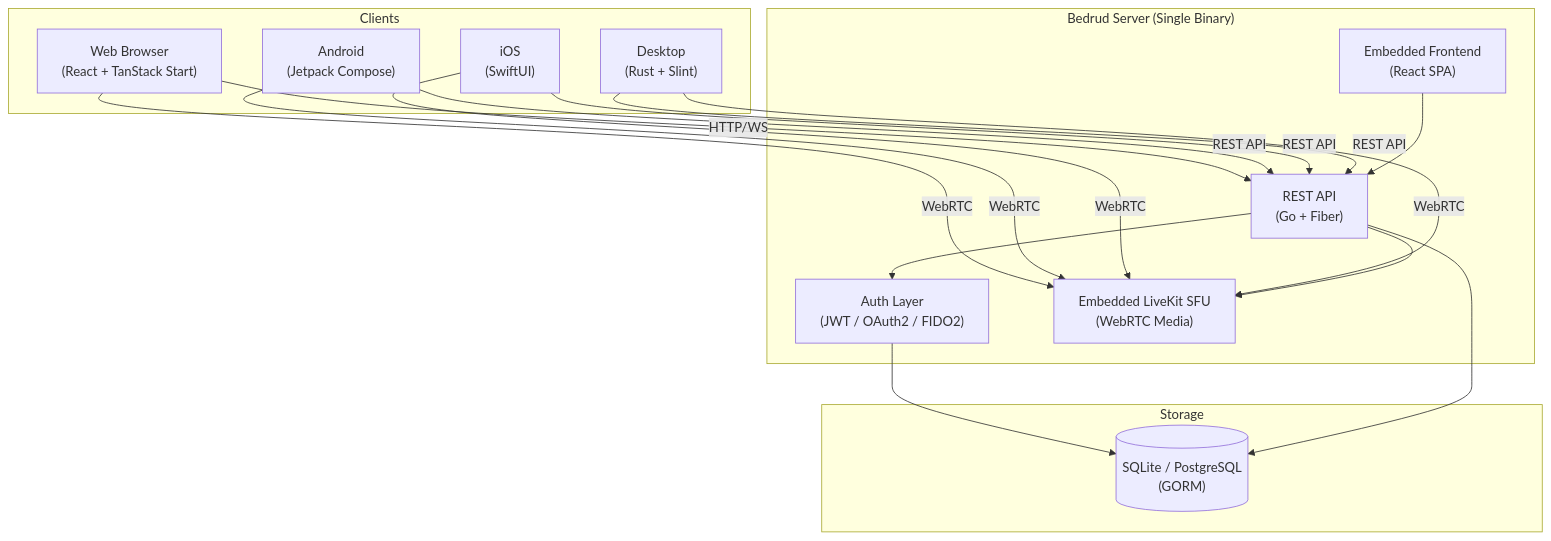
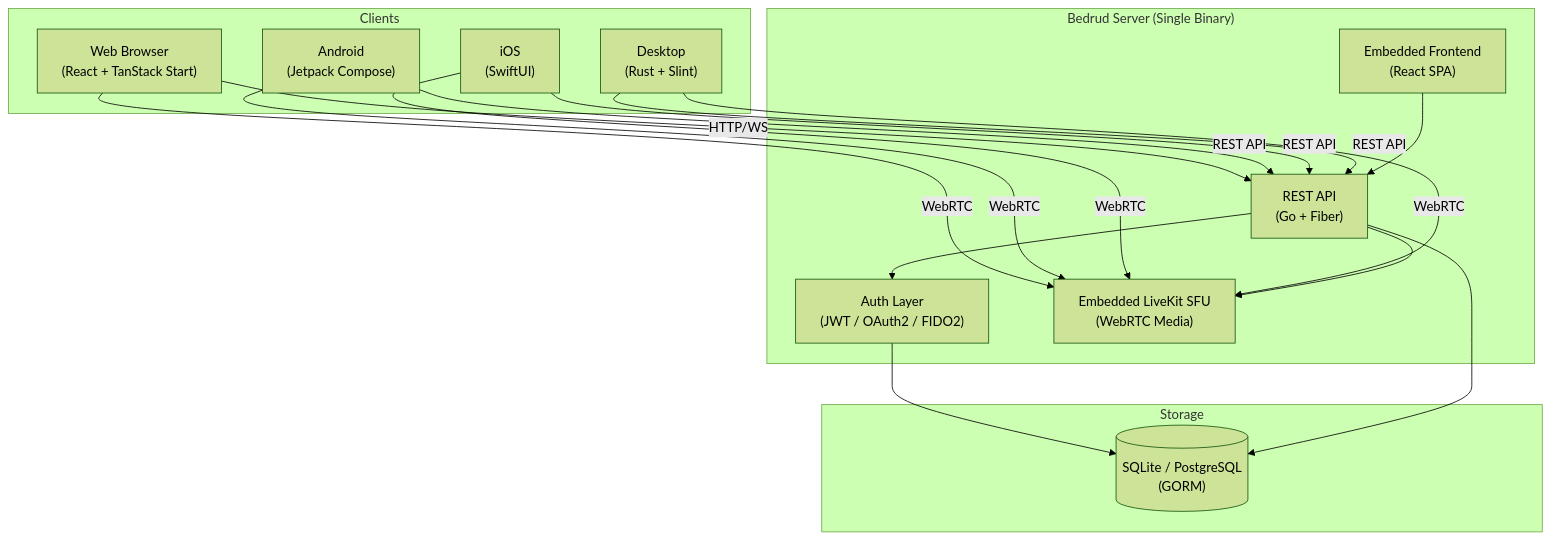
Before and after one commit to bedrud-ir/bedrud: the diagram in README.md, drawn with Mermaid. The commit also changed 9 other files, not shown here.

Commit message:
update mermaid diagrams to use forest theme for consistent rendering

````diff
--- a/README.md
+++ b/README.md
@@ -329,35 +329,36 @@
 ```mermaid
+%%{init: {'theme': 'forest'}}%%
 graph TB
     subgraph Clients
         WEB["Web Browser<br/>(React + TanStack Start)"]
         ANDROID["Android<br/>(Jetpack Compose)"]
         IOS["iOS<br/>(SwiftUI)"]
         DESKTOP["Desktop<br/>(Rust + Slint)"]
     end
 
     subgraph "Bedrud Server (Single Binary)"
         API["REST API<br/>(Go + Fiber)"]
         AUTH["Auth Layer<br/>(JWT / OAuth2 / FIDO2)"]
         LIVEKIT["Embedded LiveKit SFU<br/>(WebRTC Media)"]
         EMBED["Embedded Frontend<br/>(React SPA)"]
     end
 
     subgraph Storage
         DB[("SQLite / PostgreSQL<br/>(GORM)")]
     end
 
     WEB -->|HTTP/WS| API
     WEB -->|WebRTC| LIVEKIT
     ANDROID -->|REST API| API
     ANDROID -->|WebRTC| LIVEKIT
     IOS -->|REST API| API
     IOS -->|WebRTC| LIVEKIT
     DESKTOP -->|REST API| API
     DESKTOP -->|WebRTC| LIVEKIT
 
     API --> AUTH
     AUTH --> DB
     API --> DB
     API --> LIVEKIT
     EMBED --> API
 ```
````
